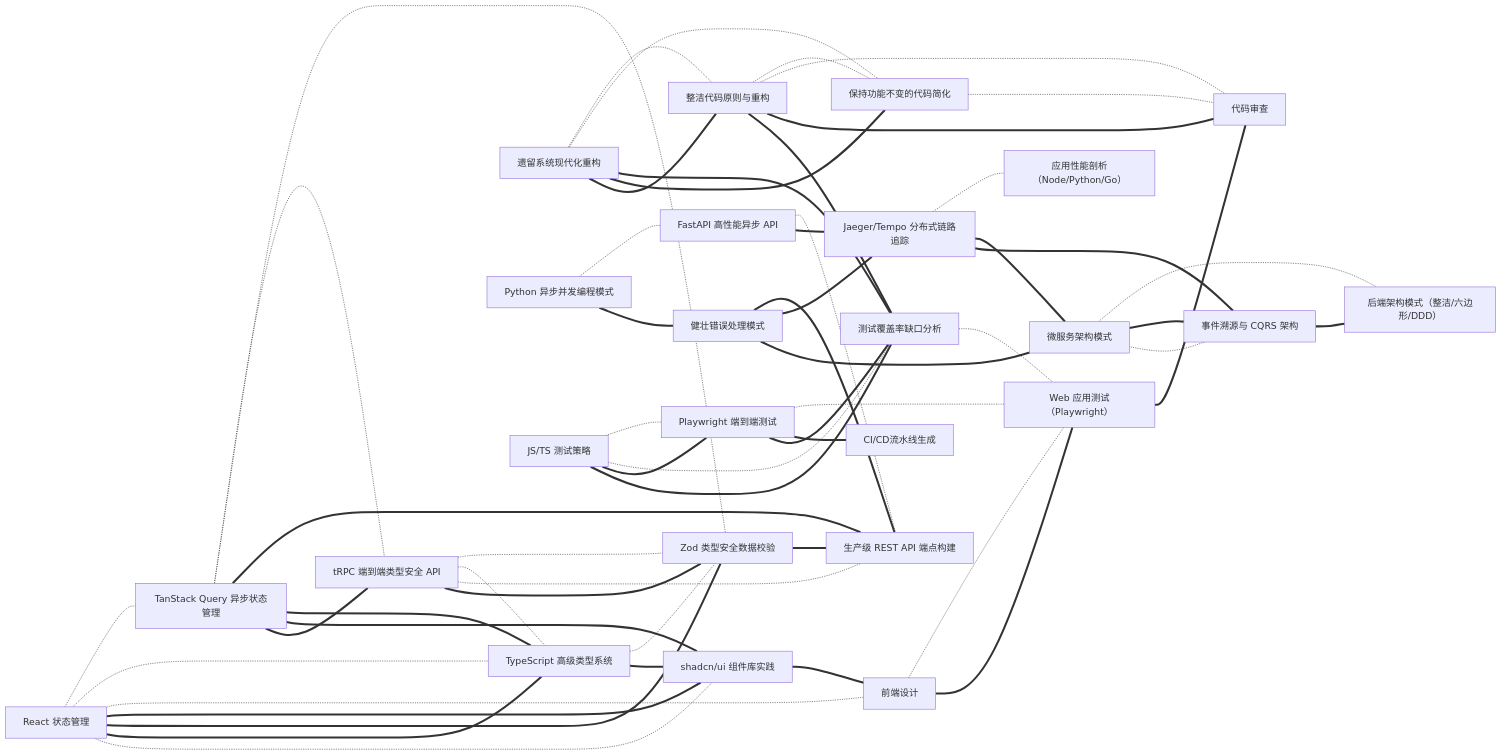
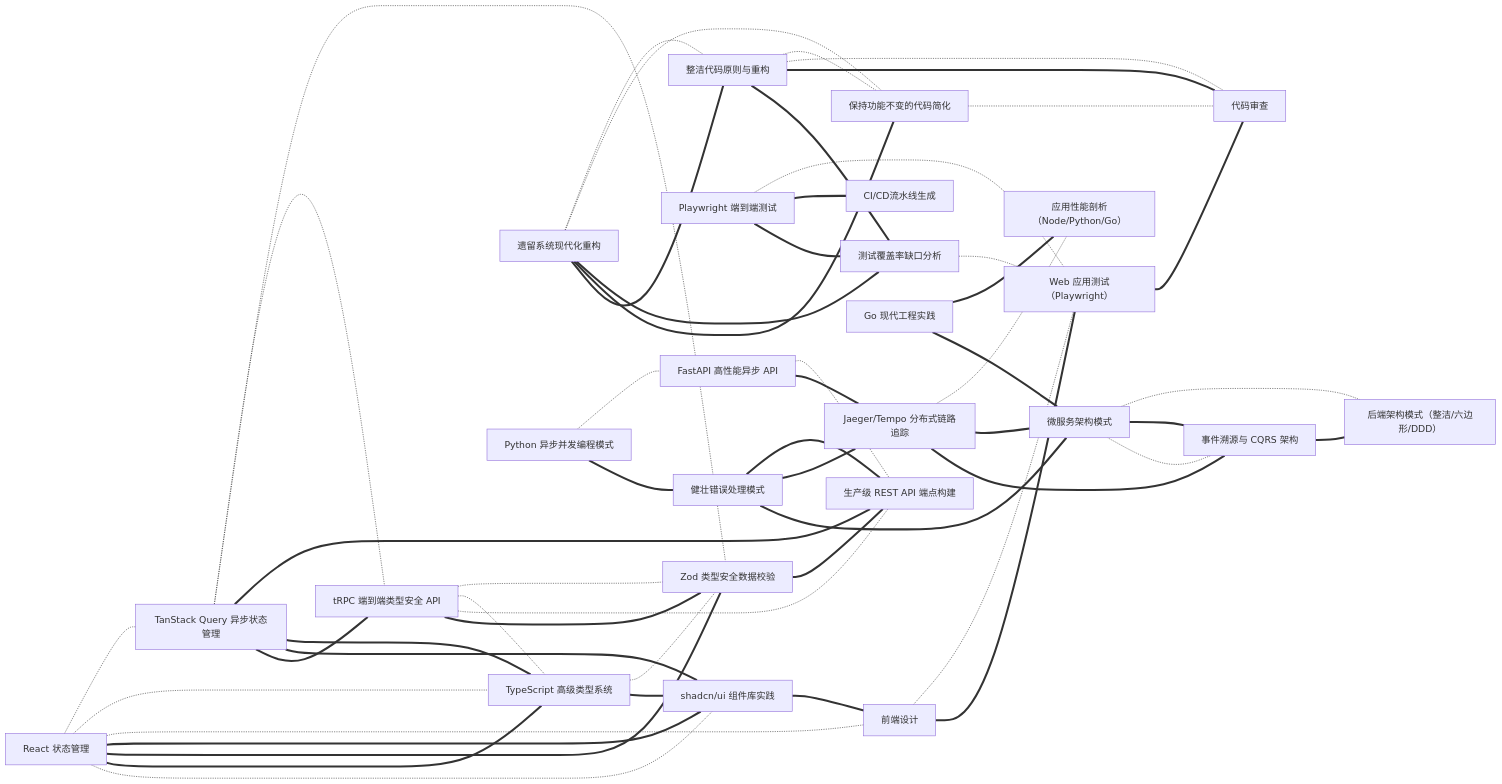
One commit to findscripter/everything-skills changed the fourth of 12 diagrams in INDEX/graph.md. Above: the diagram before and after it, drawn with Mermaid. The commit also changed other lines of this file and 12 other files, not shown here.

```diff
--- a/INDEX/graph.md
+++ b/INDEX/graph.md
@@ -296,7 +296,7 @@
   zod-schema-validation["Zod 类型安全数据校验"]
   async-python-patterns["Python 异步并发编程模式"]
   backend-architecture-patterns["后端架构模式（整洁/六边形/DDD）"]
-  javascript-testing-patterns["JS/TS 测试策略"]
+  golang-pro["Go 现代工程实践"]
   async-python-patterns -.- fastapi-async-api
   async-python-patterns === error-handling-patterns
   clean-code-principles -.- code-simplifier
@@ -318,10 +318,8 @@
   fastapi-async-api === distributed-tracing
   frontend-design -.- webapp-testing
   frontend-design === webapp-testing
-  javascript-testing-patterns -.- playwright-e2e-testing
-  javascript-testing-patterns -.- test-coverage-gap-finder
-  javascript-testing-patterns === playwright-e2e-testing
-  javascript-testing-patterns === test-coverage-gap-finder
+  golang-pro === performance-profiler
+  golang-pro === microservices-patterns
   legacy-codebase-modernizer -.- clean-code-principles
   legacy-codebase-modernizer -.- code-simplifier
   legacy-codebase-modernizer === test-coverage-gap-finder
```
